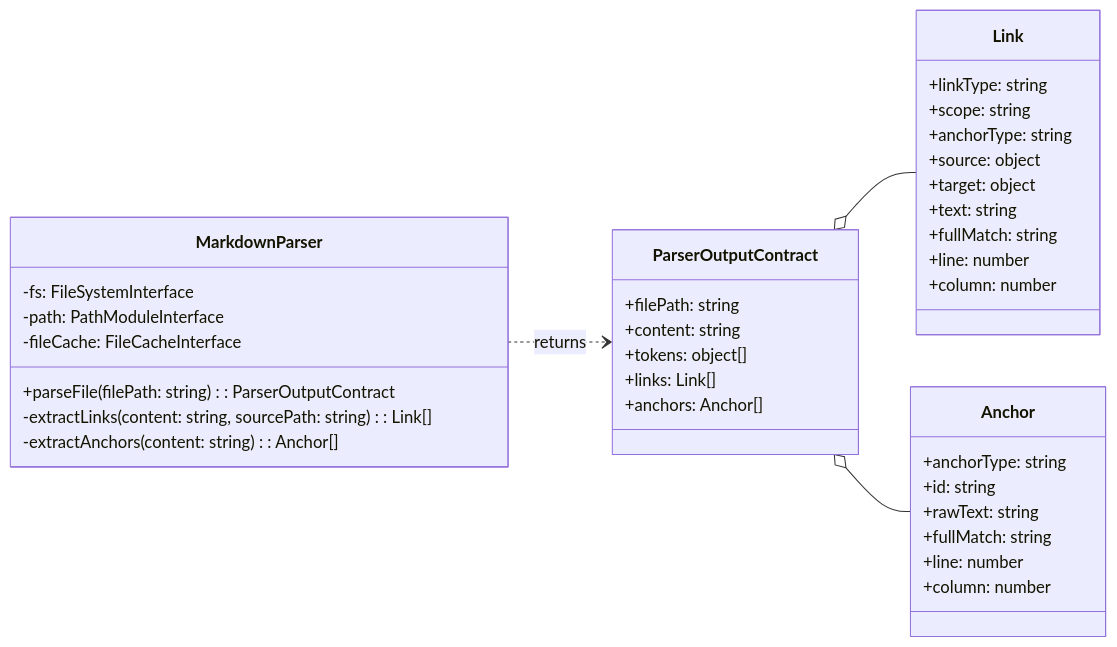
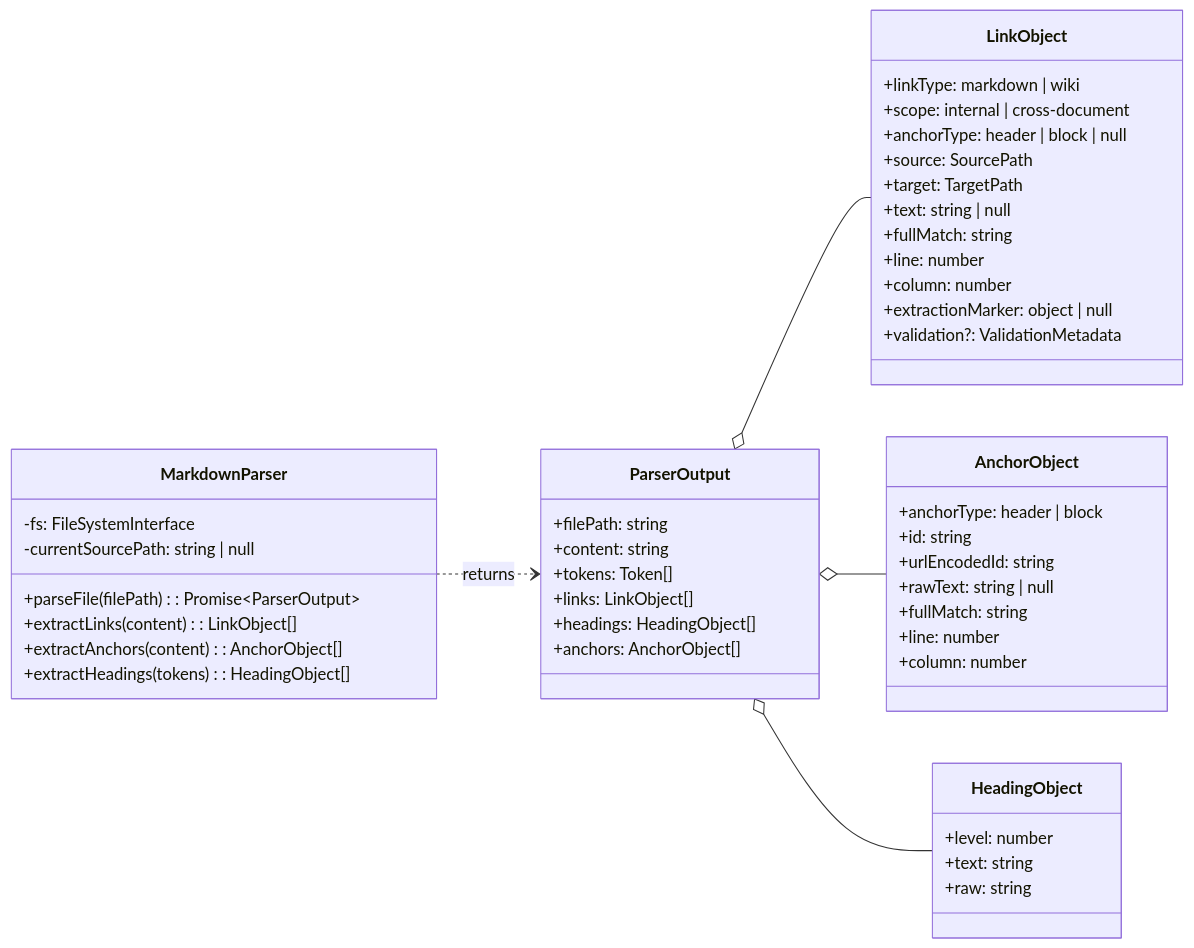
Before and after one commit to WesleyMFrederick/cc-workflows: the first of 2 diagrams in tools/citation-manager/design-docs/component-guides/Markdown Parser Implementation Guide.md, drawn with Mermaid. The commit also changed other lines of this file and 3 other files, not shown here.

First line of the commit message:
docs(epic4): create implementation plan for parser facade and cache migration

````diff
--- a/tools/citation-manager/design-docs/component-guides/Markdown Parser Implementation Guide.md
+++ b/tools/citation-manager/design-docs/component-guides/Markdown Parser Implementation Guide.md
@@ -16,46 +16,57 @@
 ```mermaid
 classDiagram
     direction LR
 
-    class ParserOutputContract {
+    class ParserOutput {
         +filePath: string
         +content: string
-        +tokens: object[]
-        +links: Link[]
-        +anchors: Anchor[]
+        +tokens: Token[]
+        +links: LinkObject[]
+        +headings: HeadingObject[]
+        +anchors: AnchorObject[]
     }
 
-    class Link {
-      +linkType: string
-      +scope: string
-      +anchorType: string
-      +source: object
-      +target: object
-      +text: string
-      +fullMatch: string
-      +line: number
-      +column: number
+    class LinkObject {
+        +linkType: markdown | wiki
+        +scope: internal | cross-document
+        +anchorType: header | block | null
+        +source: SourcePath
+        +target: TargetPath
+        +text: string | null
+        +fullMatch: string
+        +line: number
+        +column: number
+        +extractionMarker: object | null
+        +validation?: ValidationMetadata
     }
-    
-    class Anchor {
-      +anchorType: string
-      +id: string
-      +rawText: string
-      +fullMatch: string
-      +line: number
-      +column: number
+
+    class AnchorObject {
+        +anchorType: header | block
+        +id: string
+        +urlEncodedId: string
+        +rawText: string | null
+        +fullMatch: string
+        +line: number
+        +column: number
+    }
+
+    class HeadingObject {
+        +level: number
+        +text: string
+        +raw: string
     }
 
     class MarkdownParser {
         -fs: FileSystemInterface
-        -path: PathModuleInterface
-        -fileCache: FileCacheInterface
-        +parseFile(filePath: string): ParserOutputContract
-        -extractLinks(content: string, sourcePath: string): Link[]
-        -extractAnchors(content: string): Anchor[]
+        -currentSourcePath: string | null
+        +parseFile(filePath): Promise~ParserOutput~
+        +extractLinks(content): LinkObject[]
+        +extractAnchors(content): AnchorObject[]
+        +extractHeadings(tokens): HeadingObject[]
     }
 
-    MarkdownParser ..> ParserOutputContract : returns
-    ParserOutputContract o-- Link
-    ParserOutputContract o-- Anchor
+    MarkdownParser ..> ParserOutput : returns
+    ParserOutput o-- LinkObject
+    ParserOutput o-- AnchorObject
+    ParserOutput o-- HeadingObject
 ```
````
